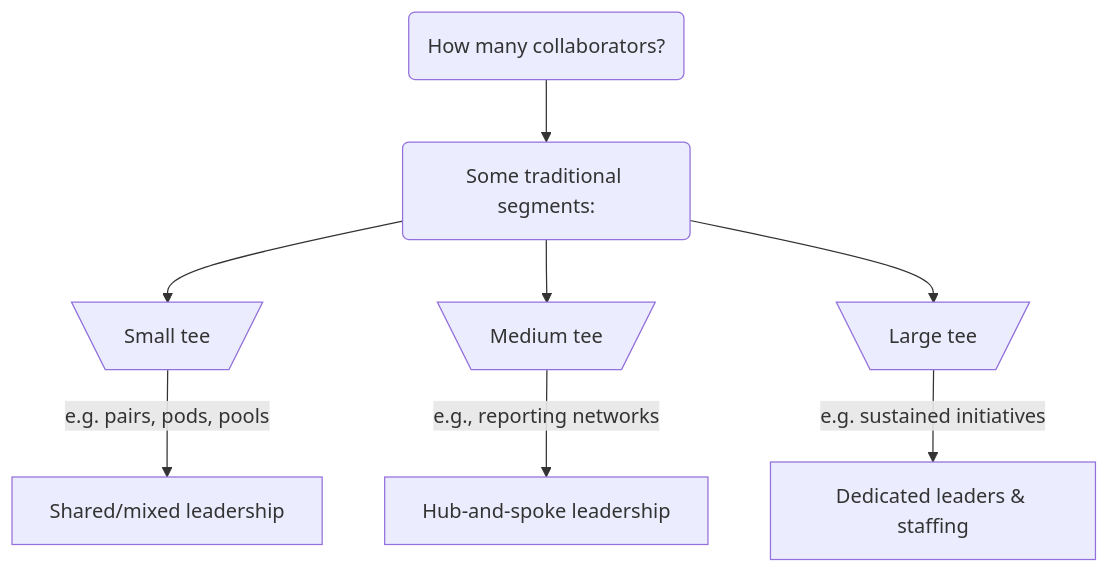
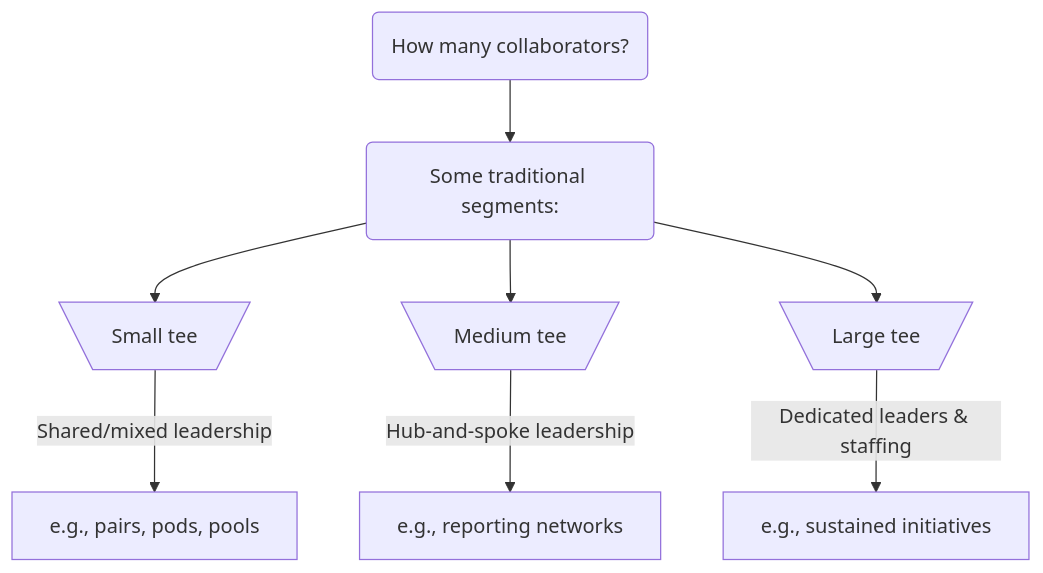
Before and after one commit to tiffehr/collaboration-capstone: the first of 3 diagrams in docs/README.md, drawn with Mermaid. The commit also changed other lines of this file, not shown here.

```diff
--- a/docs/README.md
+++ b/docs/README.md
@@ -22,10 +22,10 @@
 <div class="mermaid">
 graph TD
   A(How many collaborators?) --> B(Some traditional segments:)
-    B --> b1[\"Small" tee/]
-      b1 -->|e.g. pairs, pods, pools| sm[Shared/mixed leadership]
-    B --> b2[\"Medium" tee/]
-      b2 -->|e.g., reporting networks| md[Hub-and-spoke leadership]
-    B --> b3[\"Large" tee/]
-      b3 -->|e.g. sustained initiatives| lg[Dedicated leaders & staffing]
+    B --> S[\"Small" tee/]
+      S -->|Shared/mixed leadership| sm[e.g., pairs, pods, pools]
+    B --> M[\"Medium" tee/]
+      M -->|Hub-and-spoke leadership| md[e.g., reporting networks]
+    B --> L[\"Large" tee/]
+      L -->|Dedicated leaders & staffing| lg[e.g., sustained initiatives]
 </div>
```
